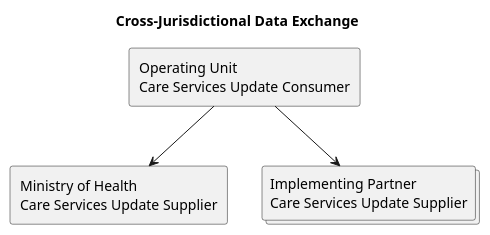
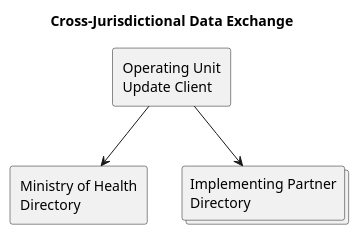
The diagram in input/images-source/usecase3-diagram.plantuml (IHE/ITI.mCSD), drawn with PlantUML before and after one commit. The commit also changed 9 other files, not shown here.

Commit message:
Updated transaction and use case diagrams for the new actor names.

```diff
--- a/input/images-source/usecase3-diagram.plantuml
+++ b/input/images-source/usecase3-diagram.plantuml
@@ -1,13 +1,13 @@
 @startuml
 hide footbox
 
 title Cross-Jurisdictional Data Exchange
 
-agent "Operating Unit\nCare Services Update Consumer" as OU
-agent "Ministry of Health\nCare Services Update Supplier" as MOH
-collections "Implementing Partner\nCare Services Update Supplier" as Partner
+agent "Operating Unit\nUpdate Client" as OU
+agent "Ministry of Health\nDirectory" as MOH
+collections "Implementing Partner\nDirectory" as Partner
 
 OU --> MOH
 OU --> Partner
 
 @enduml
```
